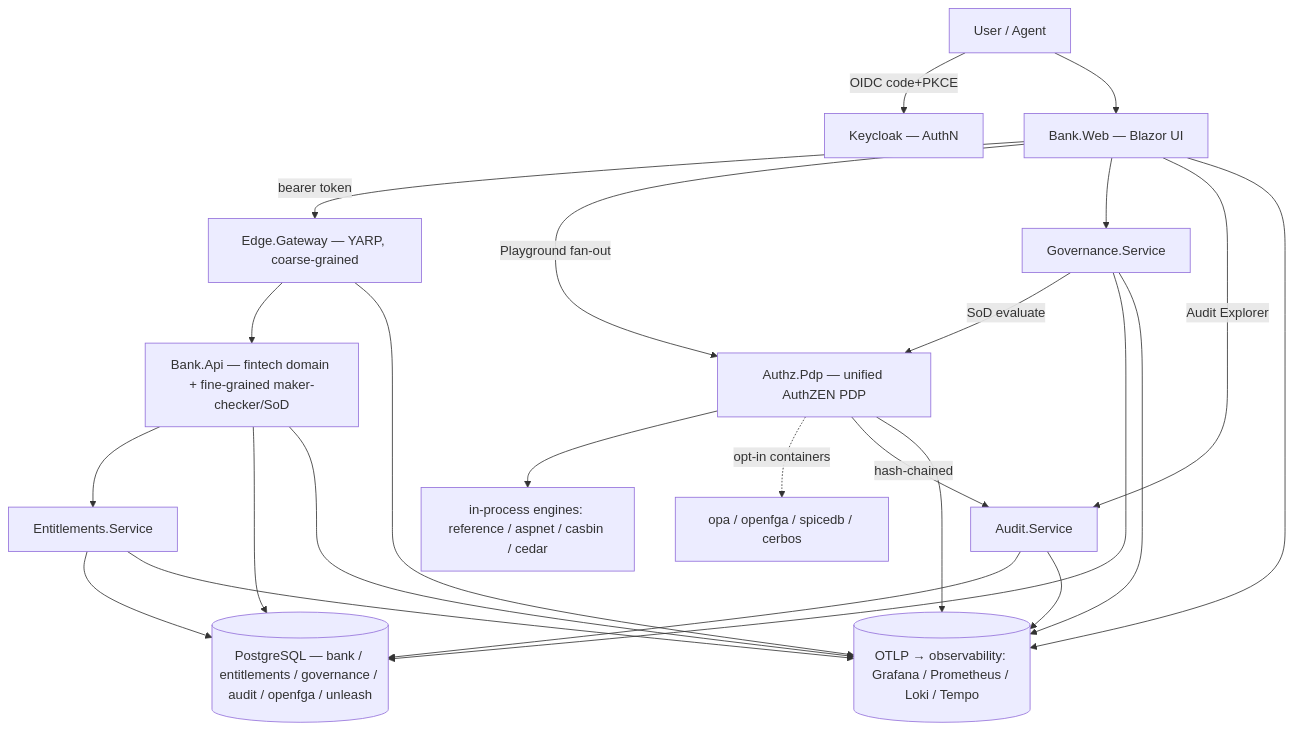
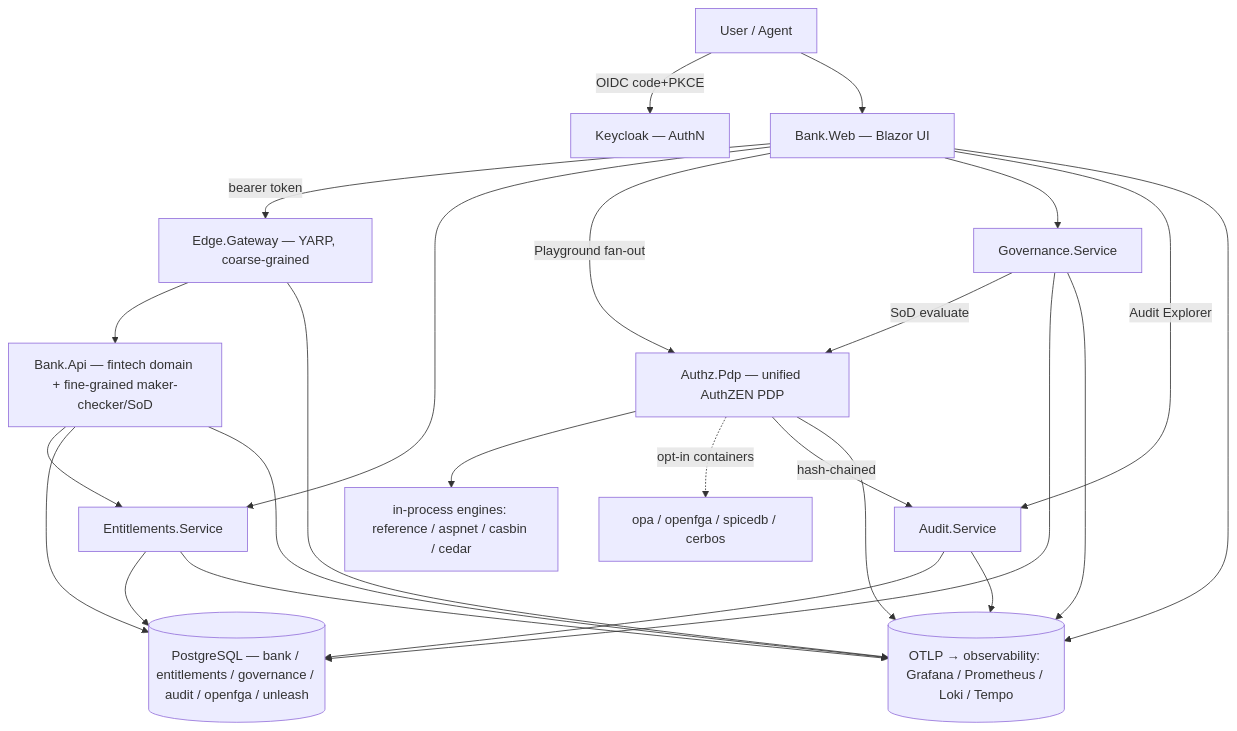
The first of 5 diagrams in ARCHITECTURE.md (henrik-me/authzandentitlements), drawn with Mermaid before and after one commit. The commit also changed 1 other file, not shown here.

Commit message:
docs(cs49): address Copilot review — OPA test wording + Bank.Web edge
- README.md: OPA adapter tests are stubbed/deterministic (no live OPA needed;
  OpaDecisionProviderTests.cs uses a fake HttpMessageHandler); the self-skip
  applies to the OpenFGA/SpiceDB/Cerbos live-integration tests.
- ARCHITECTURE.md: top-level mermaid now shows Bank.Web -> Entitlements.Service
  (bank-web references entitlements-service; AppHost.cs:288).

````diff
--- a/ARCHITECTURE.md
+++ b/ARCHITECTURE.md
@@ -38,26 +38,27 @@
 ```mermaid
 graph TD
   U[User / Agent] -->|OIDC code+PKCE| KC[Keycloak — AuthN]
   U --> WEB[Bank.Web — Blazor UI]
   WEB -->|bearer token| EG[Edge.Gateway — YARP, coarse-grained]
   EG --> API[Bank.Api — fintech domain + fine-grained maker-checker/SoD]
   API --> ENT[Entitlements.Service]
+  WEB --> ENT
   WEB -->|Playground fan-out| PDP[Authz.Pdp — unified AuthZEN PDP]
   WEB --> GOV[Governance.Service]
   GOV -->|SoD evaluate| PDP
   PDP --> INP[in-process engines: reference / aspnet / casbin / cedar]
   PDP -. opt-in containers .-> OUT[opa / openfga / spicedb / cerbos]
   PDP -->|hash-chained| AUD[Audit.Service]
   WEB -->|Audit Explorer| AUD
   API --> PG[(PostgreSQL — bank / entitlements / governance / audit / openfga / unleash)]
   ENT --> PG
   GOV --> PG
   AUD --> PG
   API --> OBS[(OTLP → observability: Grafana / Prometheus / Loki / Tempo)]
   PDP --> OBS
   EG --> OBS
   ENT --> OBS
   GOV --> OBS
   AUD --> OBS
   WEB --> OBS
 ```
````
